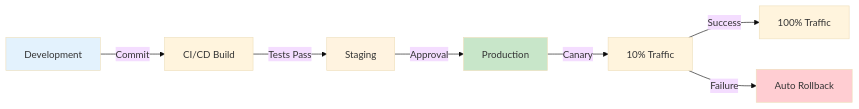
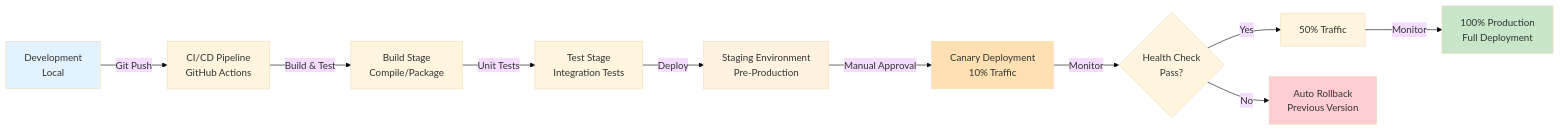
One commit to InfraTales/computer-vision-pipeline-infrastructure changed the third of 4 diagrams in README.md. Above: the diagram before and after it, drawn with Mermaid (base theme). The commit also changed other lines of this file, not shown here.

Commit message:
Add comprehensive README with 4 Mermaid diagrams

````diff
--- a/README.md
+++ b/README.md
@@ -106,15 +136,21 @@
 ```mermaid
 graph LR
-    Dev[Development] -->|Commit| Build[CI/CD Build]
-    Build -->|Tests Pass| Stage[Staging]
-    Stage -->|Approval| Prod[Production]
+    Dev[Development<br/>Local] -->|Git Push| CI[CI/CD Pipeline<br/>GitHub Actions]
+    CI -->|Build & Test| Build[Build Stage<br/>Compile/Package]
+    Build -->|Unit Tests| Test[Test Stage<br/>Integration Tests]
     
-    Prod -->|Canary| Canary[10% Traffic]
-    Canary -->|Success| Full[100% Traffic]
-    Canary -->|Failure| Rollback[Auto Rollback]
+    Test -->|Deploy| Staging[Staging Environment<br/>Pre-Production]
+    Staging -->|Manual Approval| Canary[Canary Deployment<br/>10% Traffic]
+    
+    Canary -->|Monitor| Decision{Health Check<br/>Pass?}
+    Decision -->|Yes| Prod50[50% Traffic]
+    Decision -->|No| Rollback[Auto Rollback<br/>Previous Version]
+    
+    Prod50 -->|Monitor| Prod100[100% Production<br/>Full Deployment]
     
     style Dev fill:#E3F2FD
-    style Stage fill:#FFF3E0
-    style Prod fill:#C8E6C9
+    style Staging fill:#FFF3E0
+    style Canary fill:#FFE0B2
+    style Prod100 fill:#C8E6C9
     style Rollback fill:#FFCDD2
 ```
````
